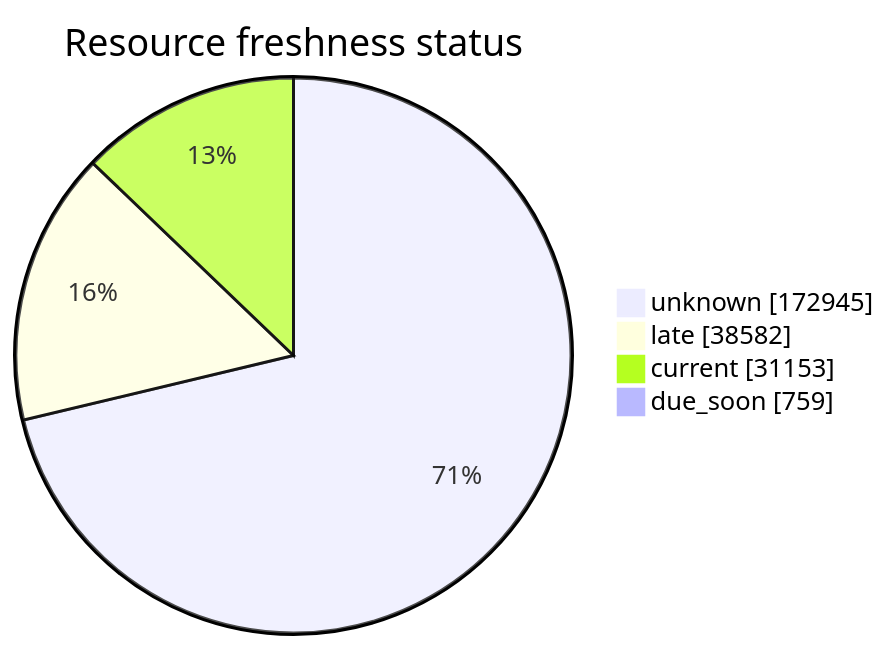
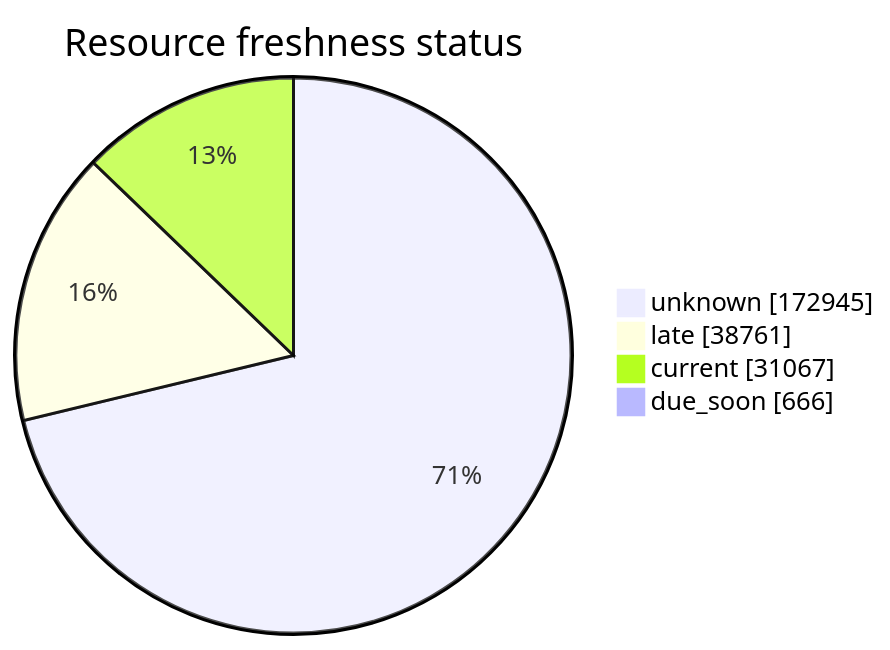
Before and after one commit to open-data/analytics-corporate-reporting: the third of 5 diagrams in FreshCheck/README.md, drawn with Mermaid. The commit also changed other lines of this file and 3 other files, not shown here.

````diff
--- a/FreshCheck/README.md
+++ b/FreshCheck/README.md
@@ -77,7 +77,7 @@
 ```mermaid
 pie showData title Resource freshness status
     "unknown": 172945
-    "late": 38582
-    "current": 31153
-    "due_soon": 759
+    "late": 38761
+    "current": 31067
+    "due_soon": 666
 ```
````
